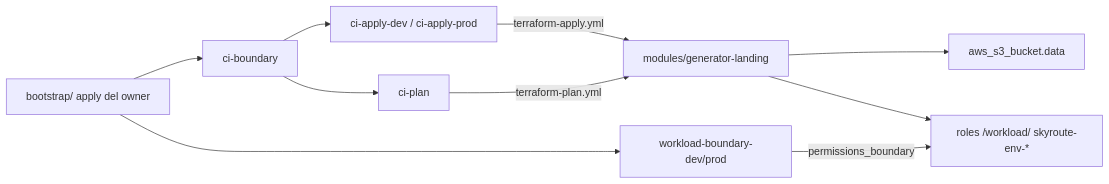
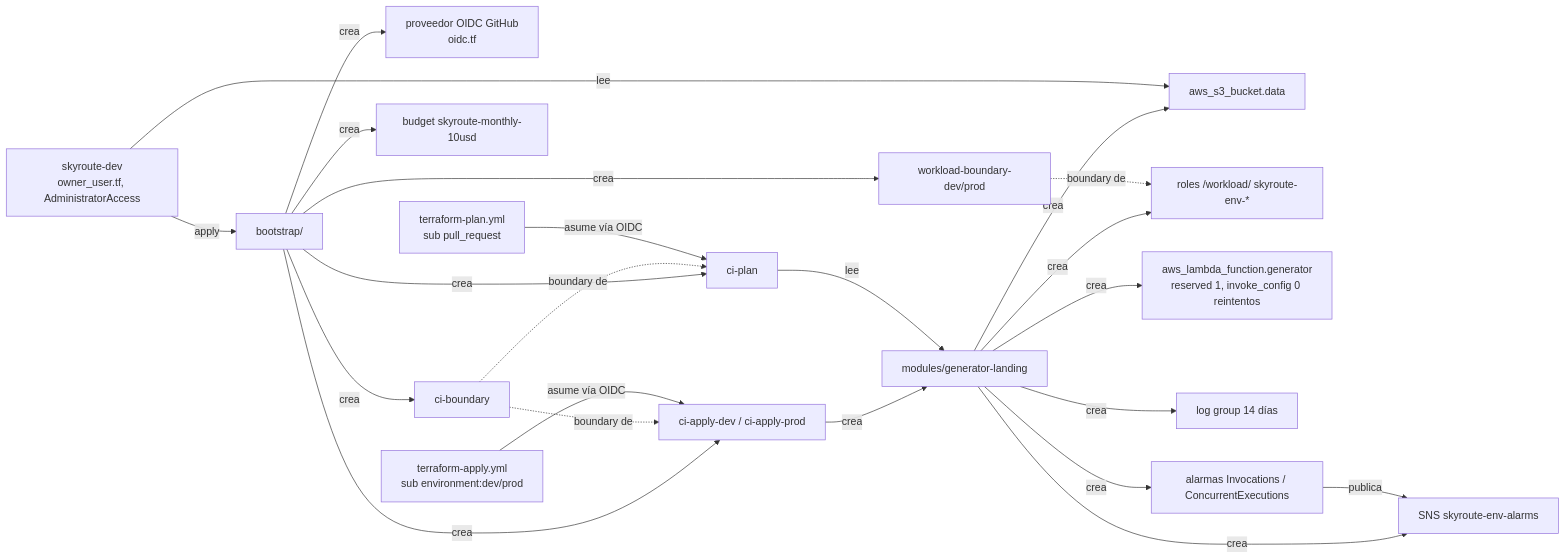
One commit to javiladino/skyroute changed the second of 2 diagrams in docs/design/bronze-silver/working/research.md. Above: the diagram before and after it, drawn with Mermaid. The commit also changed other lines of this file and 2 other files, not shown here.

````diff
--- a/docs/design/bronze-silver/working/research.md
+++ b/docs/design/bronze-silver/working/research.md
@@ -126,12 +138,25 @@
 ```mermaid
 flowchart LR
-  BOOT[bootstrap/ apply del owner] --> CIB[ci-boundary]
-  BOOT --> WBD[workload-boundary-dev/prod]
-  CIB --> CIA[ci-apply-dev / ci-apply-prod]
-  CIB --> CIP[ci-plan]
-  CIA -->|terraform-apply.yml| MOD[modules/generator-landing]
-  CIP -->|terraform-plan.yml| MOD
-  MOD --> BUCKET[aws_s3_bucket.data]
-  MOD --> ROLES[roles /workload/ skyroute-env-*]
-  WBD -->|permissions_boundary| ROLES
+  OWN[skyroute-dev<br/>owner_user.tf, AdministratorAccess] -->|apply| BOOT[bootstrap/]
+  BOOT -->|crea| OIDC[proveedor OIDC GitHub<br/>oidc.tf]
+  BOOT -->|crea| CIB[ci-boundary]
+  BOOT -->|crea| WBD[workload-boundary-dev/prod]
+  BOOT -->|crea| CIA[ci-apply-dev / ci-apply-prod]
+  BOOT -->|crea| CIP[ci-plan]
+  BOOT -->|crea| BUD[budget skyroute-monthly-10usd]
+  CIB -.->|boundary de| CIA
+  CIB -.->|boundary de| CIP
+  APY[terraform-apply.yml<br/>sub environment:dev/prod] -->|asume vía OIDC| CIA
+  PLY[terraform-plan.yml<br/>sub pull_request] -->|asume vía OIDC| CIP
+  CIA -->|crea| MOD[modules/generator-landing]
+  CIP -->|lee| MOD
+  MOD -->|crea| BUCKET[aws_s3_bucket.data]
+  MOD -->|crea| ROLES[roles /workload/ skyroute-env-*]
+  MOD -->|crea| LAM[aws_lambda_function.generator<br/>reserved 1, invoke_config 0 reintentos]
+  MOD -->|crea| LG[log group 14 días]
+  MOD -->|crea| SNS[SNS skyroute-env-alarms]
+  MOD -->|crea| ALM[alarmas Invocations / ConcurrentExecutions]
+  ALM -->|publica| SNS
+  WBD -.->|boundary de| ROLES
+  OWN -->|lee| BUCKET
 ```
````
